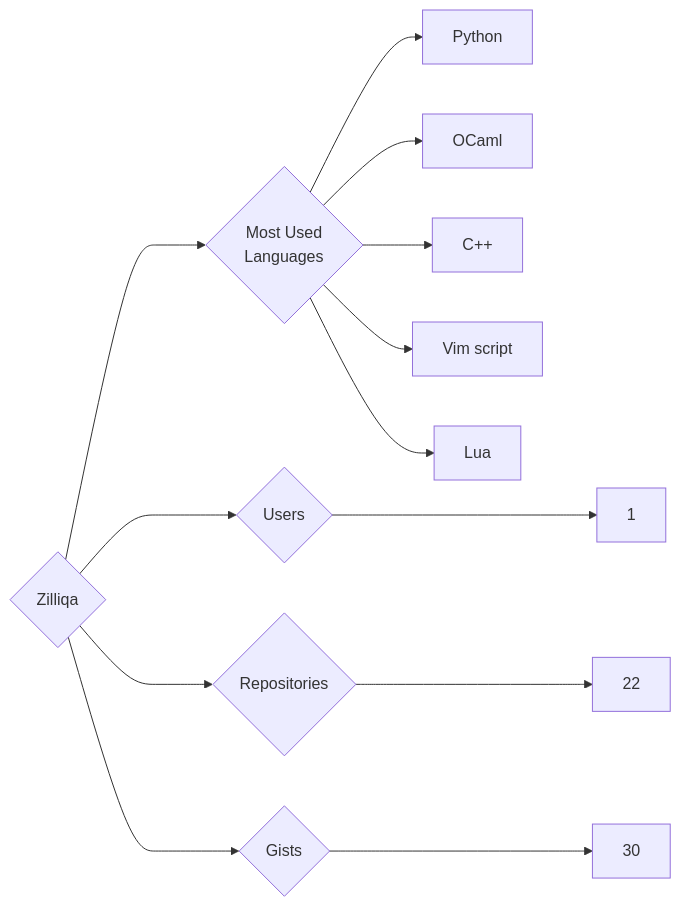
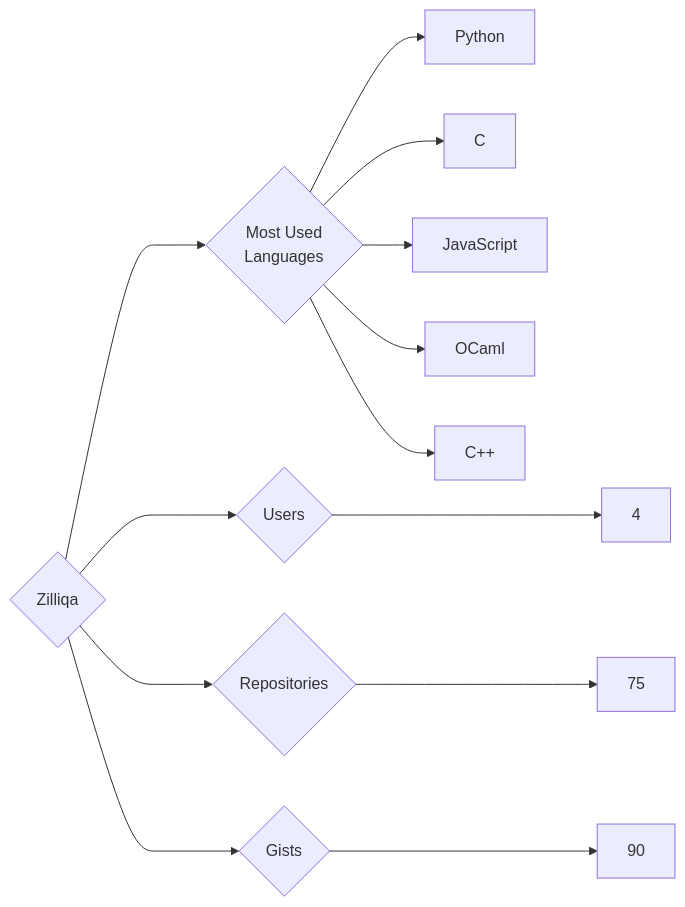
Before and after one commit to trickest/insiders: the diagram in targets/Zilliqa/README.md, drawn with Mermaid. The commit also changed 833 other files, not shown here.

````diff
--- a/targets/Zilliqa/README.md
+++ b/targets/Zilliqa/README.md
@@ -3,13 +3,13 @@
 ```mermaid
 graph LR
 COMPANY_NAME{Zilliqa}
-COMPANY_NAME ---> U{Users} ---> UN[1]
-COMPANY_NAME ---> R{Repositories} ---> RN[22]
-COMPANY_NAME ---> G{Gists} ---> GN[30]
+COMPANY_NAME ---> U{Users} ---> UN[4]
+COMPANY_NAME ---> R{Repositories} ---> RN[75]
+COMPANY_NAME ---> G{Gists} ---> GN[90]
 COMPANY_NAME ---> ML{Most Used<br>Languages}
 ML --> Python[Python]
+ML --> C[C]
+ML --> JavaScript[JavaScript]
 ML --> OCaml[OCaml]
 ML --> C++[C++]
-ML --> Vim_script[Vim script]
-ML --> Lua[Lua]
 ```
````
